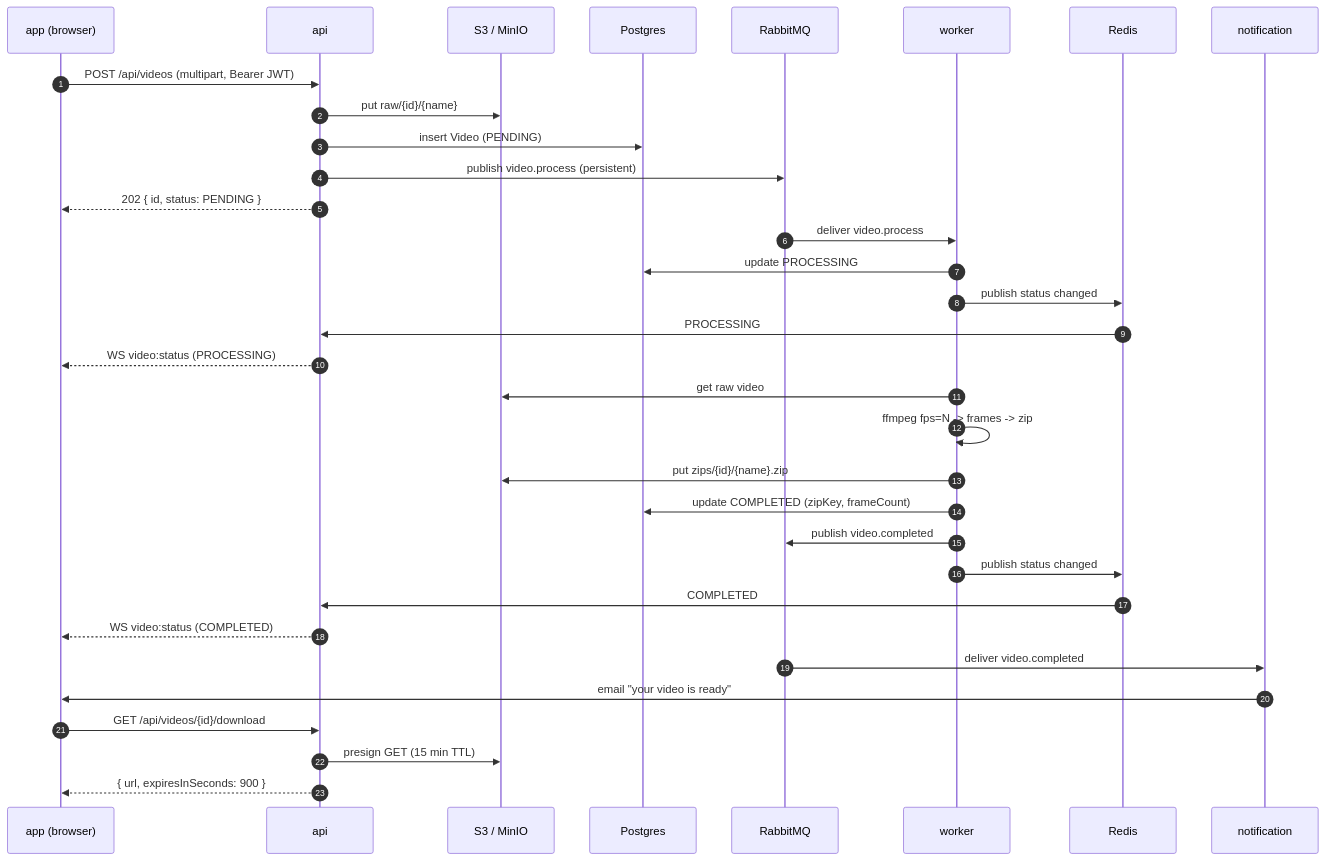
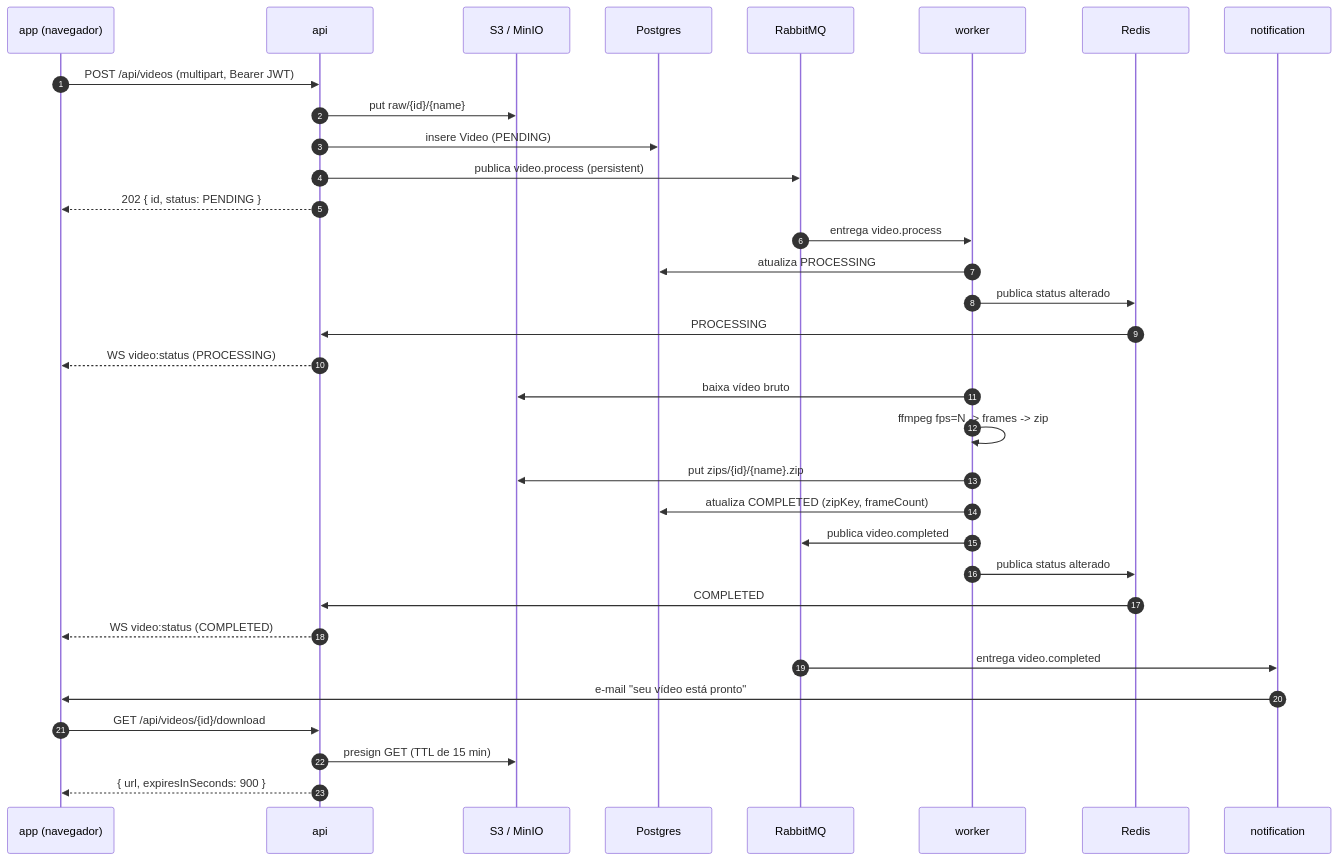
The second of 3 diagrams in docs/architecture.md (GGotha/hackaton-fiapx), drawn with Mermaid before and after one commit. The commit also changed other lines of this file and 12 other files, not shown here.

````diff
--- a/docs/architecture.md
+++ b/docs/architecture.md
@@ -93,40 +94,40 @@
 ```mermaid
 sequenceDiagram
   autonumber
-  participant U as app (browser)
+  participant U as app (navegador)
   participant A as api
   participant S as S3 / MinIO
   participant P as Postgres
   participant Q as RabbitMQ
   participant W as worker
   participant R as Redis
   participant N as notification
 
   U->>A: POST /api/videos (multipart, Bearer JWT)
   A->>S: put raw/{id}/{name}
-  A->>P: insert Video (PENDING)
-  A->>Q: publish video.process (persistent)
+  A->>P: insere Video (PENDING)
+  A->>Q: publica video.process (persistent)
   A-->>U: 202 { id, status: PENDING }
 
-  Q->>W: deliver video.process
-  W->>P: update PROCESSING
-  W->>R: publish status changed
+  Q->>W: entrega video.process
+  W->>P: atualiza PROCESSING
+  W->>R: publica status alterado
   R->>A: PROCESSING
   A-->>U: WS video:status (PROCESSING)
 
-  W->>S: get raw video
+  W->>S: baixa vídeo bruto
   W->>W: ffmpeg fps=N -> frames -> zip
   W->>S: put zips/{id}/{name}.zip
-  W->>P: update COMPLETED (zipKey, frameCount)
-  W->>Q: publish video.completed
-  W->>R: publish status changed
+  W->>P: atualiza COMPLETED (zipKey, frameCount)
+  W->>Q: publica video.completed
+  W->>R: publica status alterado
   R->>A: COMPLETED
   A-->>U: WS video:status (COMPLETED)
 
-  Q->>N: deliver video.completed
-  N->>U: email "your video is ready"
+  Q->>N: entrega video.completed
+  N->>U: e-mail "seu vídeo está pronto"
 
   U->>A: GET /api/videos/{id}/download
-  A->>S: presign GET (15 min TTL)
+  A->>S: presign GET (TTL de 15 min)
   A-->>U: { url, expiresInSeconds: 900 }
 ```
````
